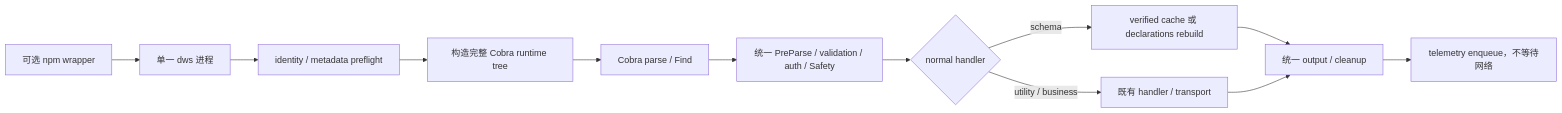
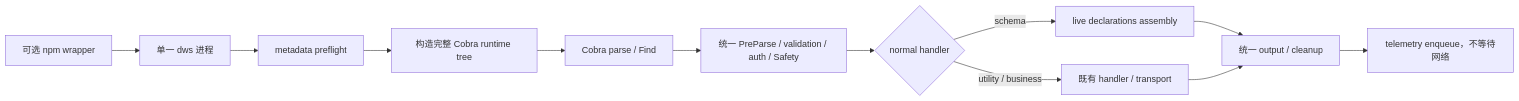
Before and after one commit to DingTalk-Real-AI/dingtalk-workspace-cli: the diagram in docs/design-cli-performance-parity.md, drawn with Mermaid. The commit also changed other lines of this file and 23 other files, not shown here.

First line of the commit message:
fix: stop producing Schema identity at compile and release time

````diff
--- a/docs/design-cli-performance-parity.md
+++ b/docs/design-cli-performance-parity.md
@@ -11,14 +11,14 @@
 ```mermaid
 flowchart LR
     W[可选 npm wrapper] --> D[单一 dws 进程]
-    D --> I[identity / metadata preflight]
+    D --> I[metadata preflight]
     I --> T[构造完整 Cobra runtime tree]
     T --> C[Cobra parse / Find]
     C --> P[统一 PreParse / validation / auth / Safety]
     P --> H{normal handler}
-    H -->|schema| S[verified cache 或 declarations rebuild]
+    H -->|schema| S[live declarations assembly]
     H -->|utility / business| B[既有 handler / transport]
     S --> O[统一 output / cleanup]
     B --> O
     O --> Q[telemetry enqueue，不等待网络]
 ```
````
